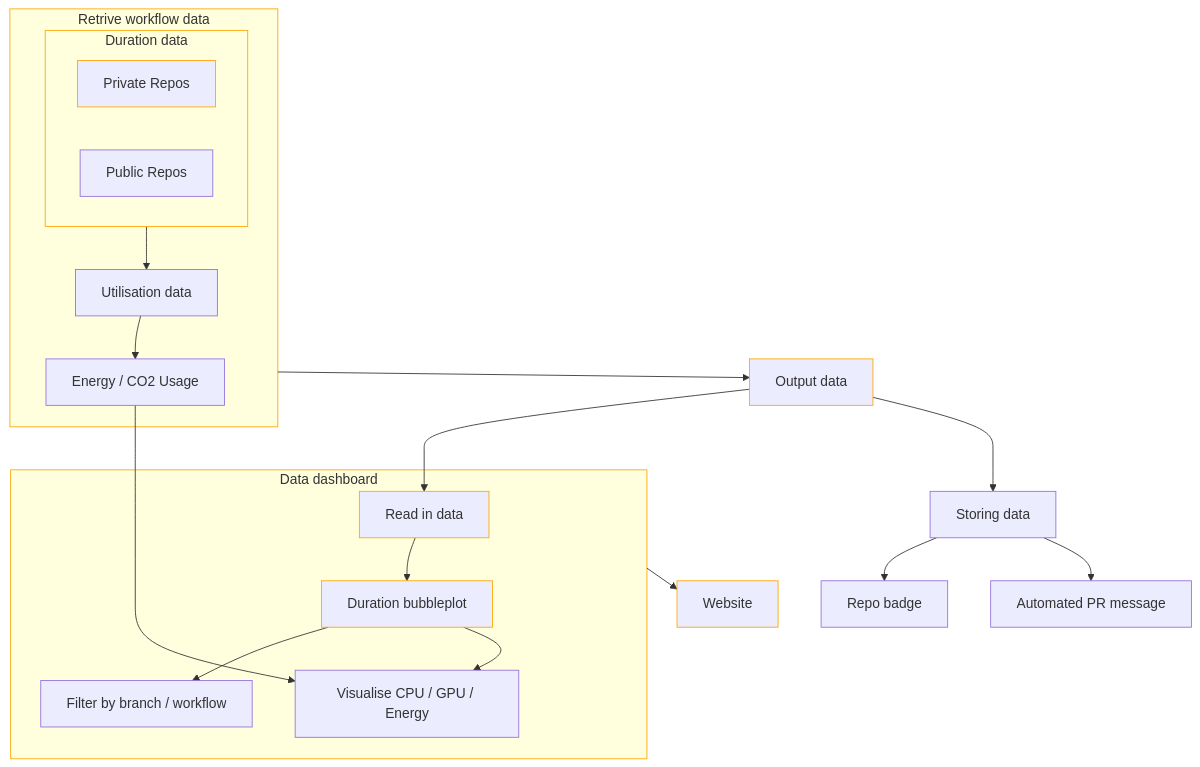
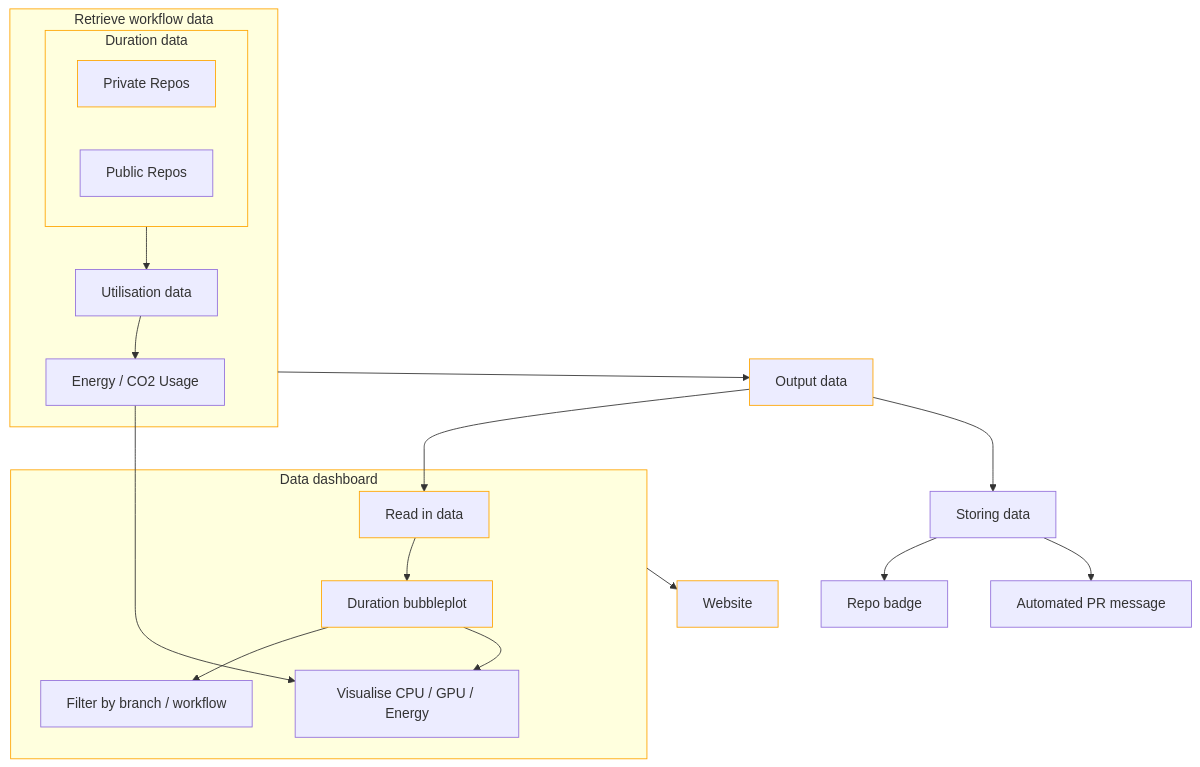
The diagram in cw26/index.qmd (green-actions/talks), drawn with Mermaid before and after one commit. The commit also changed other lines of this file, not shown here.

````diff
--- a/cw26/index.qmd
+++ b/cw26/index.qmd
@@ -83,47 +69,47 @@
 ```{mermaid}
 %%| fig-align: center
 flowchart TD
 
-    subgraph Get[Retrive workflow data]
+    subgraph Get[Retrieve workflow data]
         subgraph Time[Duration data]
             Time_Pr[Private Repos]
             Time_Pu[Public Repos]
         end
         Util[Utilisation data]
         Energy[Energy / CO2 Usage]
         Time --> Util --> Energy
     end
 
     Output[Output data]
     Get --> Output
 
     subgraph Dash[Data dashboard]
 
         Dash_read[Read in data]
         Dash_plot[Duration bubbleplot]
         Dash_filter[Filter by branch / workflow]
         Dash_energy[Visualise CPU / GPU / Energy]
 
         Dash_read --> Dash_plot --> Dash_filter
         Dash_plot --> Dash_energy
     end
 
     Website
 
     Store[Storing data]
 
     Badge[Repo badge]
 
     Bot[Automated PR message]
 
     Output --> Dash_read
     Output --> Store
     Energy -->Dash_energy
 
     Dash --> Website
     Store --> Badge
     Store --> Bot
 
     classDef done stroke:orange
     class Get,Output,Time,Time_Pr,Dash,Dash_read,Dash_plot,Website done
 ```
````
